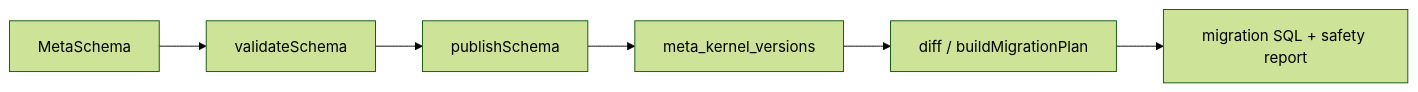
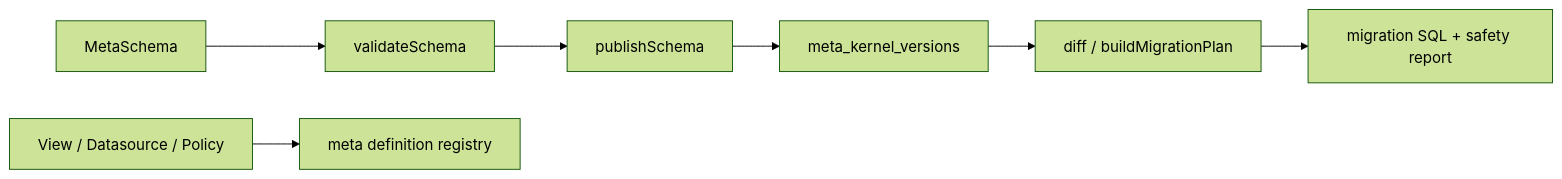
Before and after one commit to zhongmiao-org/meta-lc-platform: the diagram in packages/kernel/README.md, drawn with Mermaid (forest theme). The commit also changed other lines of this file and 29 other files, not shown here.

Commit message:
feat(kernel): add meta definition registry (#113)

````diff
--- a/packages/kernel/README.md
+++ b/packages/kernel/README.md
@@ -26,8 +27,9 @@
 ```mermaid
 flowchart LR
   Schema["MetaSchema"] --> Validate["validateSchema"]
   Validate --> Publish["publishSchema"]
   Publish --> Version["meta_kernel_versions"]
+  Definition["View / Datasource / Policy"] --> Registry["meta definition registry"]
   Version --> Diff["diff / buildMigrationPlan"]
   Diff --> Sql["migration SQL + safety report"]
 ```
````
